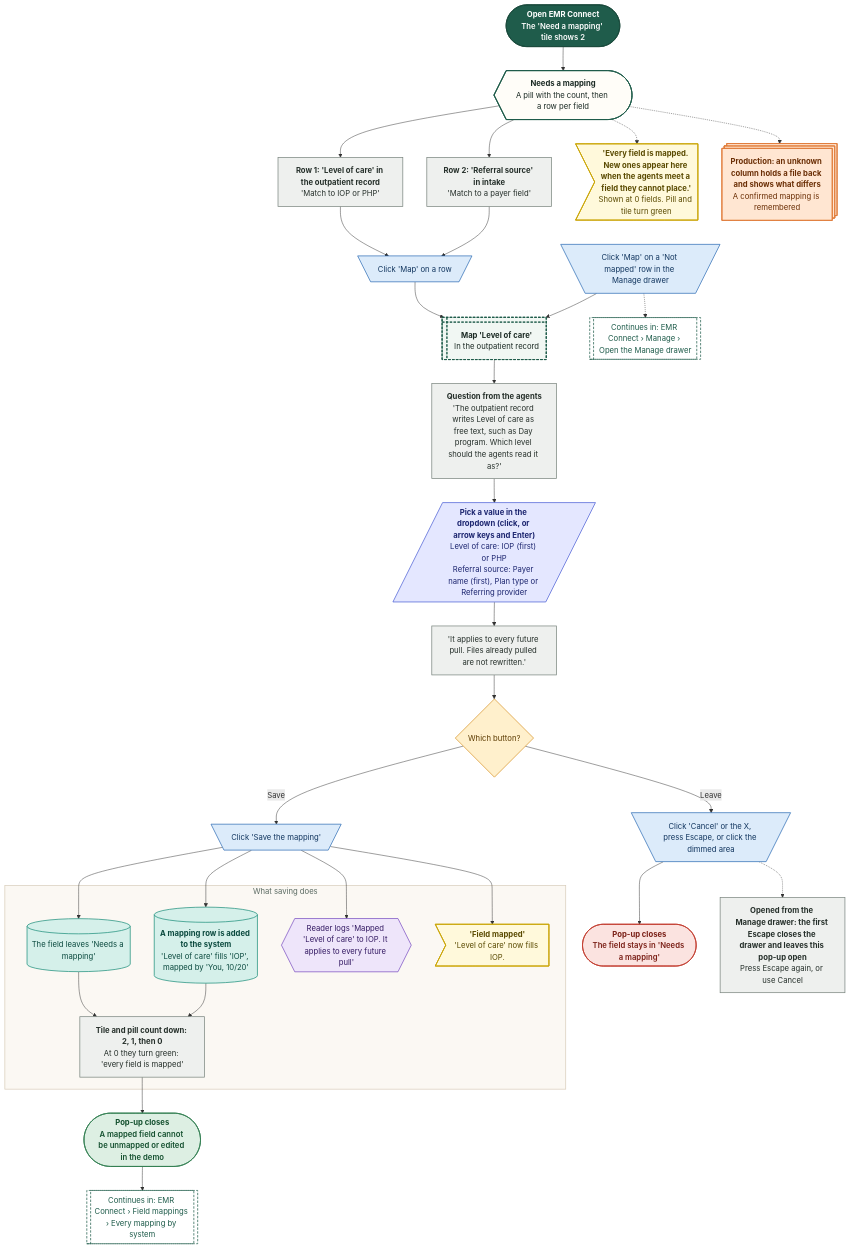
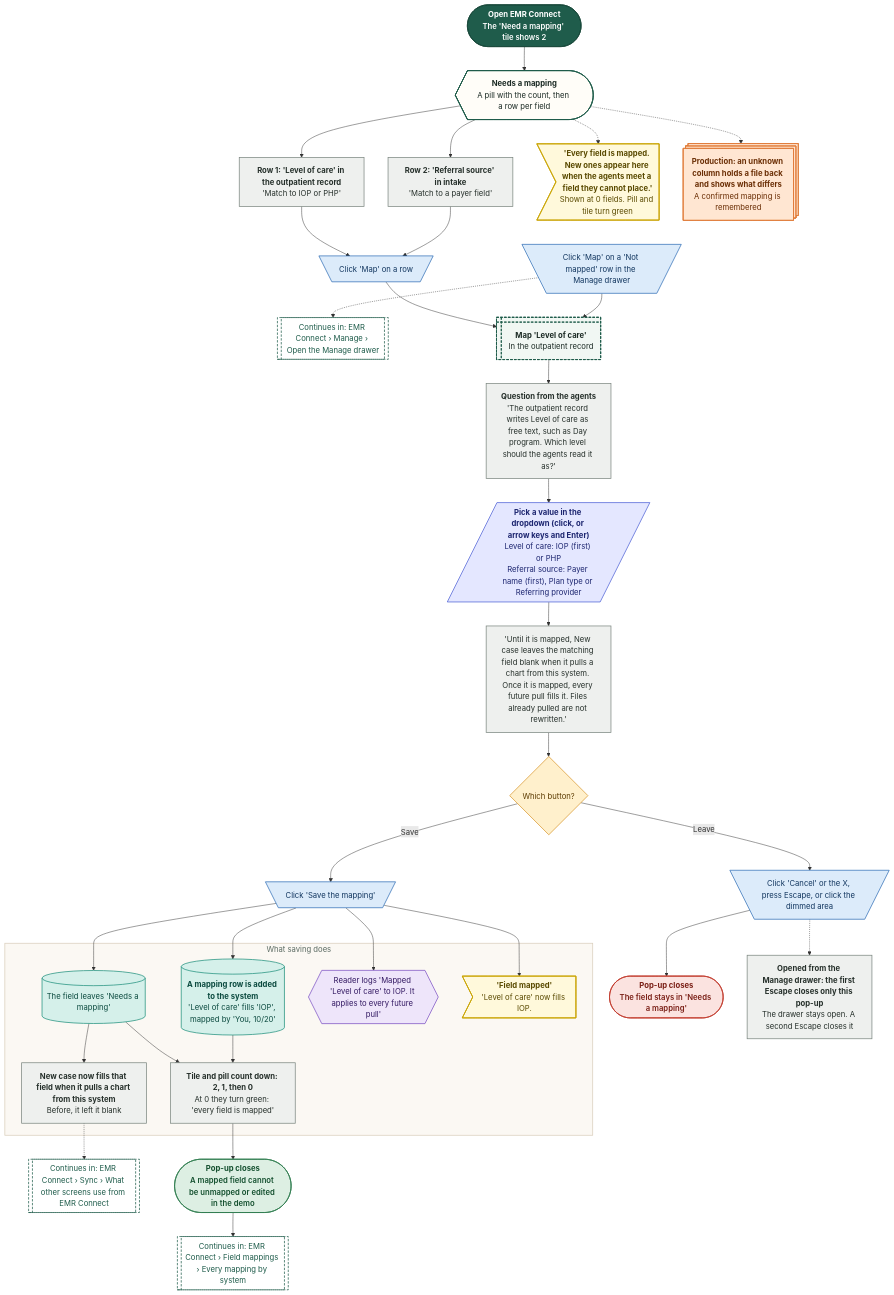
One commit to Shrav143/psyfloapp changed diagram 11 of 17 in demos/prior-auth-demo/workflows/out/md/09-emr-connect.md. Above: the diagram before and after it, drawn with Mermaid. The commit also changed other lines of this file and 195 other files, not shown here.

First line of the commit message:
docs: Rebuild workflow diagrams after the demo fixes (220 diagrams)

```diff
--- a/demos/prior-auth-demo/workflows/out/md/09-emr-connect.md
+++ b/demos/prior-auth-demo/workflows/out/md/09-emr-connect.md
@@ -749,19 +866,21 @@
   o1@{ shape: win-pane, label: "<b>Map 'Level of care'</b><br/>In the outpatient record" }
   q1@{ shape: rect, label: "<b>Question from the agents</b><br/>'The outpatient record writes Level of care as free text, such as Day program. Which level should the agents read it as?'" }
   i1@{ shape: lean-r, label: "<b>Pick a value in the dropdown (click, or arrow keys and Enter)</b><br/>Level of care: IOP (first) or PHP<br/>Referral source: Payer name (first), Plan type or Referring provider" }
-  n1@{ shape: rect, label: "'It applies to every future pull. Files already pulled are not rewritten.'" }
+  n1@{ shape: rect, label: "'Until it is mapped, New case leaves the matching field blank when it pulls a chart from this system. Once it is mapped, every future pull fills it. Files already pulled are not rewritten.'" }
   d1@{ shape: diam, label: "Which button?" }
   k1@{ shape: trap-t, label: "Click 'Save the mapping'" }
   k2@{ shape: trap-t, label: "Click 'Cancel' or the X, press Escape, or click the dimmed area" }
   x1@{ shape: stadium, label: "<b>Pop-up closes</b><br/>The field stays in 'Needs a mapping'" }
-  q9@{ shape: rect, label: "<b>Opened from the Manage drawer: the first Escape closes the drawer and leaves this pop-up open</b><br/>Press Escape again, or use Cancel" }
+  q9@{ shape: rect, label: "<b>Opened from the Manage drawer: the first Escape closes only this pop-up</b><br/>The drawer stays open. A second Escape closes it" }
   subgraph gSave ["What saving does"]
   s2@{ shape: cyl, label: "The field leaves 'Needs a mapping'" }
   s3@{ shape: cyl, label: "<b>A mapping row is added to the system</b><br/>'Level of care' fills 'IOP', mapped by 'You, 10/20'" }
   a1@{ shape: hex, label: "Reader logs 'Mapped 'Level of care' to IOP. It applies to every future pull'" }
   t1@{ shape: odd, label: "<b>'Field mapped'</b><br/>'Level of care' now fills IOP." }
   p1@{ shape: rect, label: "<b>Tile and pill count down: 2, 1, then 0</b><br/>At 0 they turn green: 'every field is mapped'" }
+  p2@{ shape: rect, label: "<b>New case now fills that field when it pulls a chart from this system</b><br/>Before, it left it blank" }
   end
+  g2@{ shape: subproc, label: "Continues in: EMR Connect › Sync › What other screens use from EMR Connect" }
   e1@{ shape: stadium, label: "<b>Pop-up closes</b><br/>A mapped field cannot be unmapped or edited in the demo" }
   x2@{ shape: st-rect, label: "<b>Production: an unknown column holds a file back and shows what differs</b><br/>A confirmed mapping is remembered" }
   g1@{ shape: subproc, label: "Continues in: EMR Connect › Field mappings › Every mapping by system" }
@@ -780,16 +899,18 @@
   k2 -.-> q9
   k1 --> s2 & s3 & a1 & t1
   s2 --> p1
+  s2 --> p2
   s3 --> p1
   p1 --> e1
+  p2 -.-> g2
   e1 --> g1
   c1 -.-> x2
   class s1 k_start
   class c1 k_screen
-  class r1,r2,q1,n1,q9,p1 k_process
+  class r1,r2,q1,n1,q9,p1,p2 k_process
   class em,t1 k_toast
   class b1,b2,k1,k2 k_click
-  class g0,g1 k_goto
+  class g0,g2,g1 k_goto
   class o1 k_overlay
   class i1 k_input
   class d1 k_decision
```
